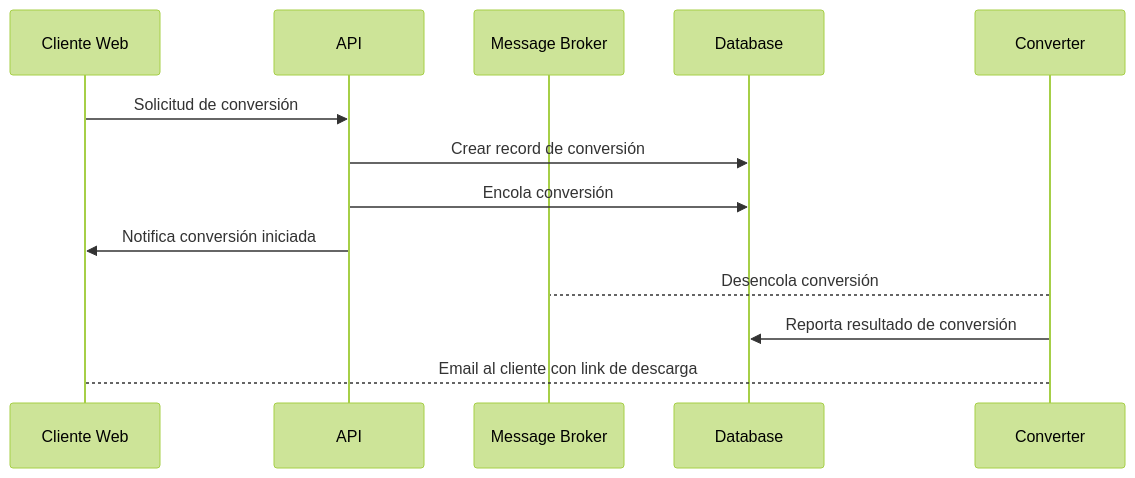
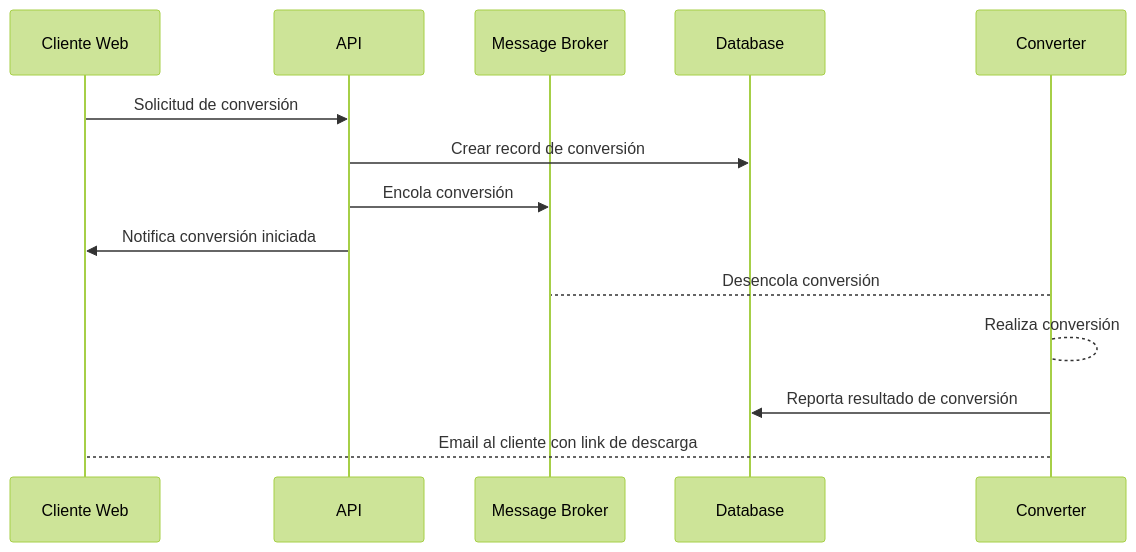
The second of 2 diagrams in README.md (muniter/uni_cloud_convert), drawn with Mermaid (forest theme) before and after one commit. The commit also changed other lines of this file, not shown here.

Commit message:
docs: fix typo

````diff
--- a/README.md
+++ b/README.md
@@ -49,15 +51,16 @@
 ```mermaid
 sequenceDiagram
   participant cli as Cliente Web
   participant api as API
   participant mb as Message Broker
   participant db as Database
   participant co as Converter
   cli->>api: Solicitud de conversión
   api->>db: Crear record de conversión
-  api->>db: Encola conversión
+  api->>mb: Encola conversión
   api->>cli: Notifica conversión iniciada
   co-->mb: Desencola conversión
+  co-->co: Realiza conversión
   co->>db: Reporta resultado de conversión
   co-->cli: Email al cliente con link de descarga
 ```
````
